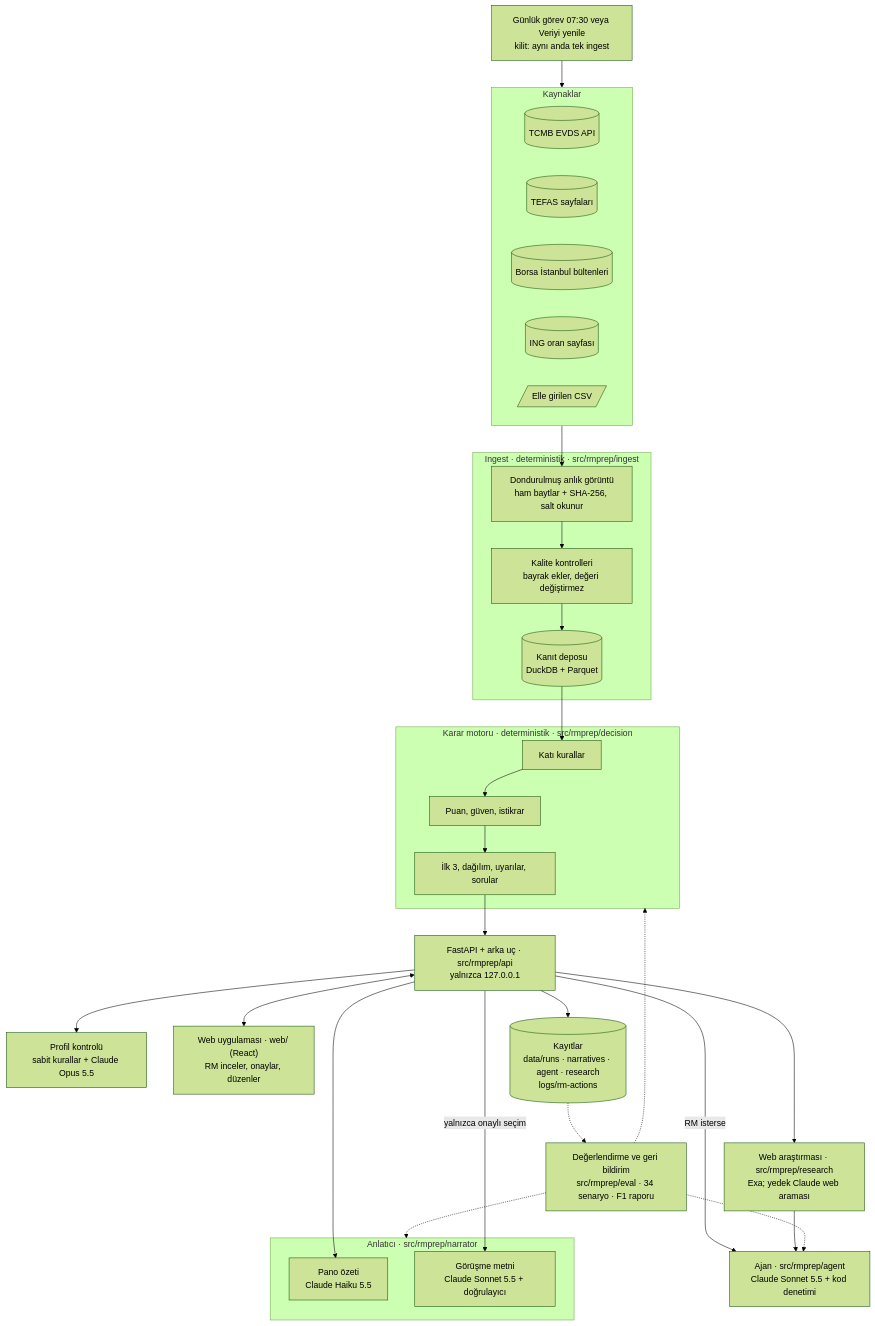
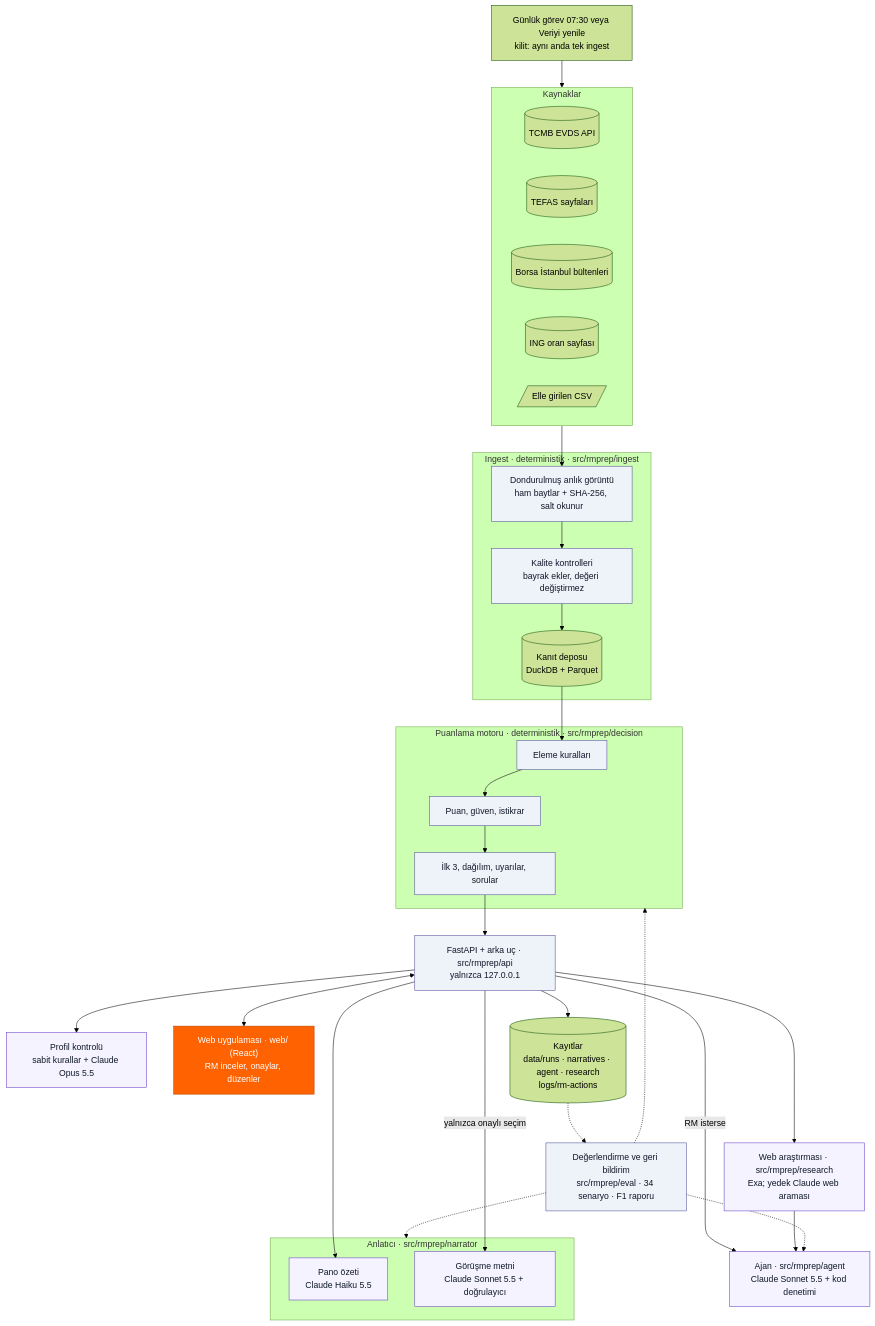
One commit to ArdahanDogru/ing-hackathon-rm-prep changed the third of 6 diagrams in README.md. Above: the diagram before and after it, drawn with Mermaid (forest theme). The commit also changed other lines of this file, not shown here.

Commit message:
README: section 0 (quick start, how to read); engine chart with inputs and outputs, colors for code / AI / RM; sections 2-8 rewritten in the voice of the opening

````diff
--- a/README.md
+++ b/README.md
@@ -215,47 +242,53 @@
 ```mermaid
 flowchart TB
     JOB["Günlük görev 07:30 veya Veriyi yenile<br/>kilit: aynı anda tek ingest"]
     subgraph SRC["Kaynaklar"]
         direction LR
         EVDS[("TCMB EVDS API")]
         TW[("TEFAS sayfaları")]
         BIST[("Borsa İstanbul bültenleri")]
         INGW[("ING oran sayfası")]
         MAN[/"Elle girilen CSV"/]
     end
     subgraph ING["Ingest · deterministik · src/rmprep/ingest"]
         SNAP["Dondurulmuş anlık görüntü<br/>ham baytlar + SHA-256, salt okunur"]
         QC["Kalite kontrolleri<br/>bayrak ekler, değeri değiştirmez"]
         DB[("Kanıt deposu<br/>DuckDB + Parquet")]
         SNAP --> QC --> DB
     end
-    subgraph DEC["Karar motoru · deterministik · src/rmprep/decision"]
-        RULES["Katı kurallar"] --> SCORE["Puan, güven, istikrar"] --> TOP["İlk 3, dağılım, uyarılar, sorular"]
+    subgraph DEC["Puanlama motoru · deterministik · src/rmprep/decision"]
+        RULES["Eleme kuralları"] --> SCORE["Puan, güven, istikrar"] --> TOP["İlk 3, dağılım, uyarılar, sorular"]
     end
     API["FastAPI + arka uç · src/rmprep/api<br/>yalnızca 127.0.0.1"]
     PROF["Profil kontrolü<br/>sabit kurallar + Claude Opus 5.5"]
     RES["Web araştırması · src/rmprep/research<br/>Exa; yedek Claude web araması"]
     AGT["Ajan · src/rmprep/agent<br/>Claude Sonnet 5.5 + kod denetimi"]
     subgraph NAR["Anlatıcı · src/rmprep/narrator"]
         BRIEF["Pano özeti<br/>Claude Haiku 5.5"]
         TEXT["Görüşme metni<br/>Claude Sonnet 5.5 + doğrulayıcı"]
     end
     WEB["Web uygulaması · web/ (React)<br/>RM inceler, onaylar, düzenler"]
     REC[("Kayıtlar<br/>data/runs · narratives · agent · research<br/>logs/rm-actions")]
     EVAL["Değerlendirme ve geri bildirim<br/>src/rmprep/eval · 34 senaryo · F1 raporu"]
     JOB --> SRC --> SNAP
     DB --> RULES
     TOP --> API
     API <--> WEB
     API --> PROF
     API --> RES
     API -- "RM isterse" --> AGT
     RES --> AGT
     API --> BRIEF
     API -- "yalnızca onaylı seçim" --> TEXT
     API --> REC
     EVAL -.-> DEC
     EVAL -.-> NAR
     EVAL -.-> AGT
     REC -.-> EVAL
+    classDef code fill:#EEF2F9,stroke:#525199,color:#101828
+    classDef ai fill:#F4F3FF,stroke:#6941C6,color:#101828
+    classDef human fill:#FF6200,stroke:#B34400,color:#fff
+    class SNAP,QC,RULES,SCORE,TOP,API,EVAL code
+    class PROF,RES,AGT,BRIEF,TEXT ai
+    class WEB human
 ```
````
